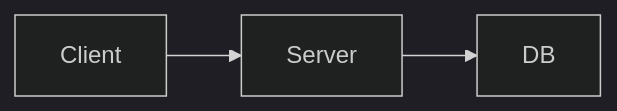
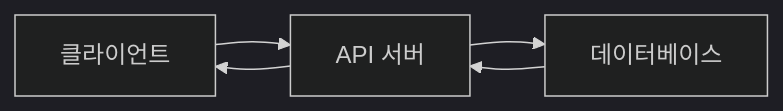
Before and after one commit to yeongseon-books/book-content: the first of 2 diagrams in docs/ko/technical-writing-101/06-using-figures-and-tables.md, drawn with Mermaid (dark theme). The commit also changed other lines of this file and 4143 other files, not shown here.

````diff
--- a/docs/ko/technical-writing-101/06-using-figures-and-tables.md
+++ b/docs/ko/technical-writing-101/06-using-figures-and-tables.md
@@ -49,5 +145,7 @@
 ```mermaid
 flowchart LR
-    Client --> Server
-    Server --> DB
+    Client["클라이언트"] --> API["API 서버"]
+    API --> DB["데이터베이스"]
+    DB --> API
+    API --> Client
 ```
````
